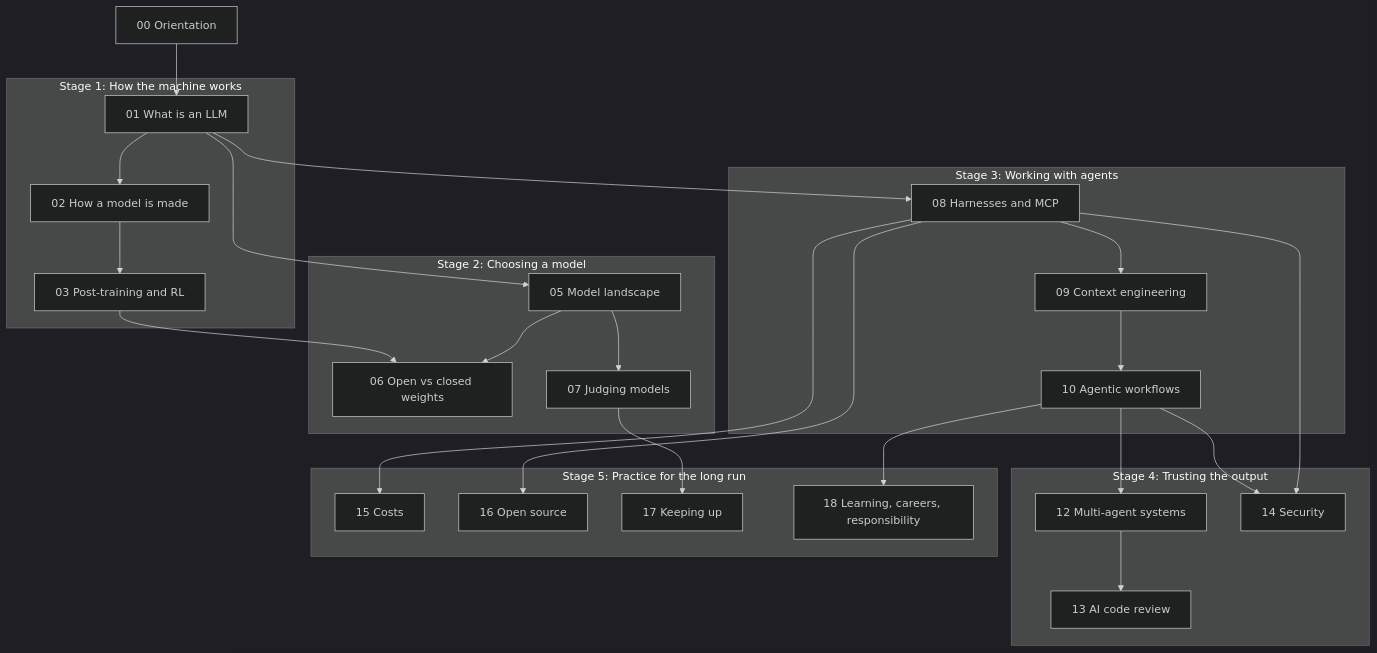
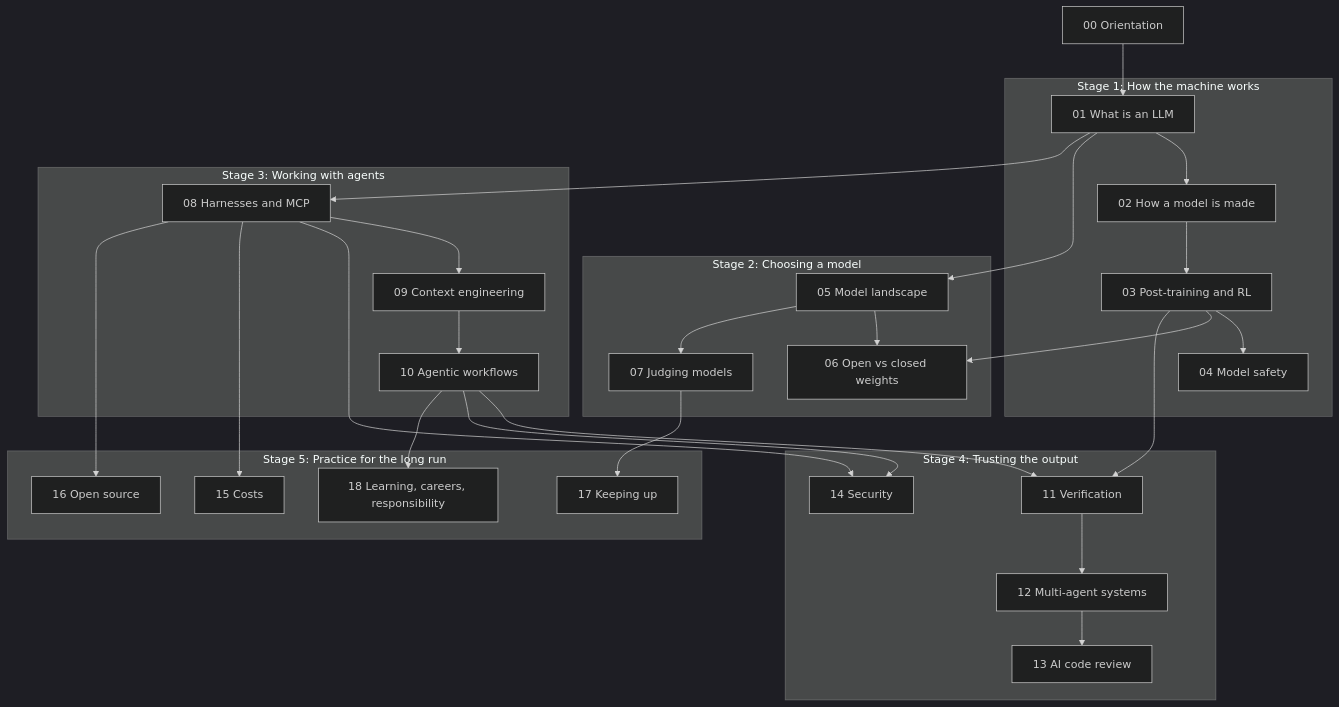
One commit to bryanroscoe/not-writing-code changed the second of 2 diagrams in modules/00-orientation.md. Above: the diagram before and after it, drawn with Mermaid (dark theme). The commit also changed other lines of this file and 29 other files, not shown here.

First line of the commit message:
Add hardware, RL, model safety, and verification modules (#6)

````diff
--- a/modules/00-orientation.md
+++ b/modules/00-orientation.md
@@ -91,48 +91,53 @@
 ```mermaid
 flowchart TD
     A[00 Orientation]
     subgraph S1["Stage 1: How the machine works"]
         B[01 What is an LLM]
         C[02 How a model is made]
         Q[03 Post-training and RL]
+        R[04 Model safety]
     end
     subgraph S2["Stage 2: Choosing a model"]
         D[05 Model landscape]
         E[06 Open vs closed weights]
         F[07 Judging models]
     end
     subgraph S3["Stage 3: Working with agents"]
         G[08 Harnesses and MCP]
         H[09 Context engineering]
         I[10 Agentic workflows]
     end
     subgraph S4["Stage 4: Trusting the output"]
+        S[11 Verification]
         J[12 Multi-agent systems]
         K[13 AI code review]
         L[14 Security]
     end
     subgraph S5["Stage 5: Practice for the long run"]
         M[15 Costs]
         N[16 Open source]
         O[17 Keeping up]
         P[18 Learning, careers, responsibility]
     end
     A --> B
     B --> C
     C --> Q
+    Q --> R
     B --> D
     D --> E
     Q --> E
     D --> F
     B --> G
     G --> H
     H --> I
-    I --> J
+    I --> S
+    Q --> S
+    S --> J
     J --> K
     G --> L
     I --> L
     G --> M
     G --> N
     F --> O
     I --> P
 ```
````
